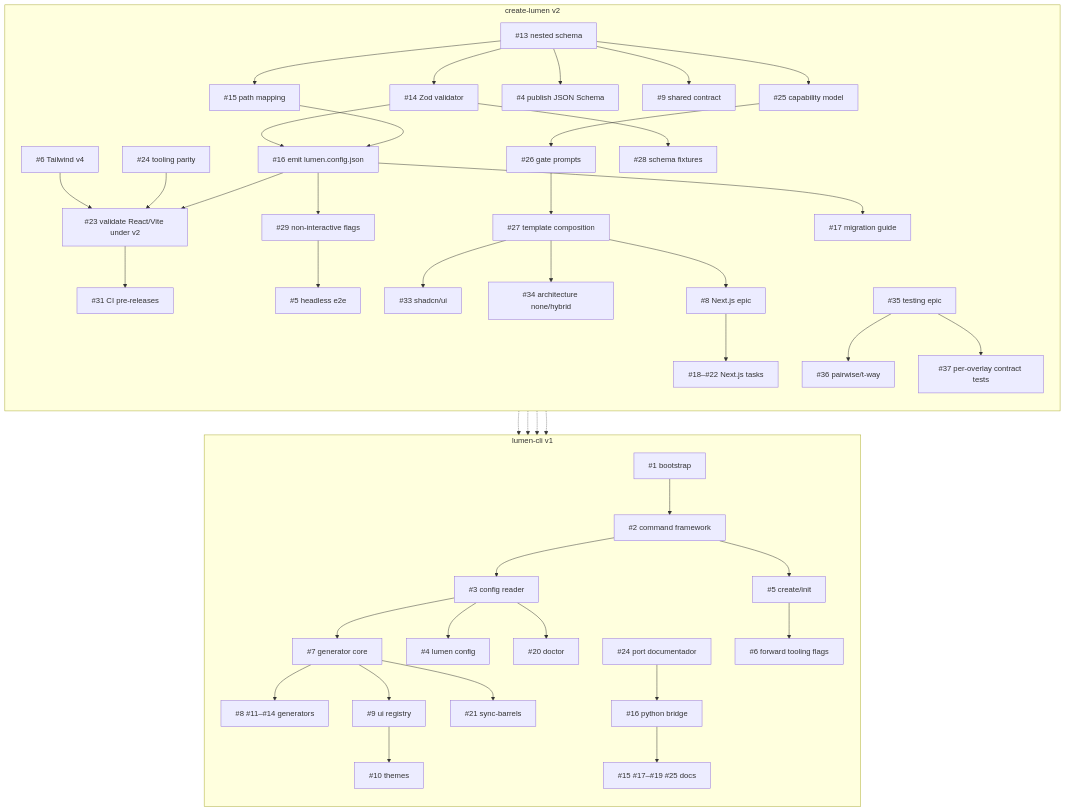
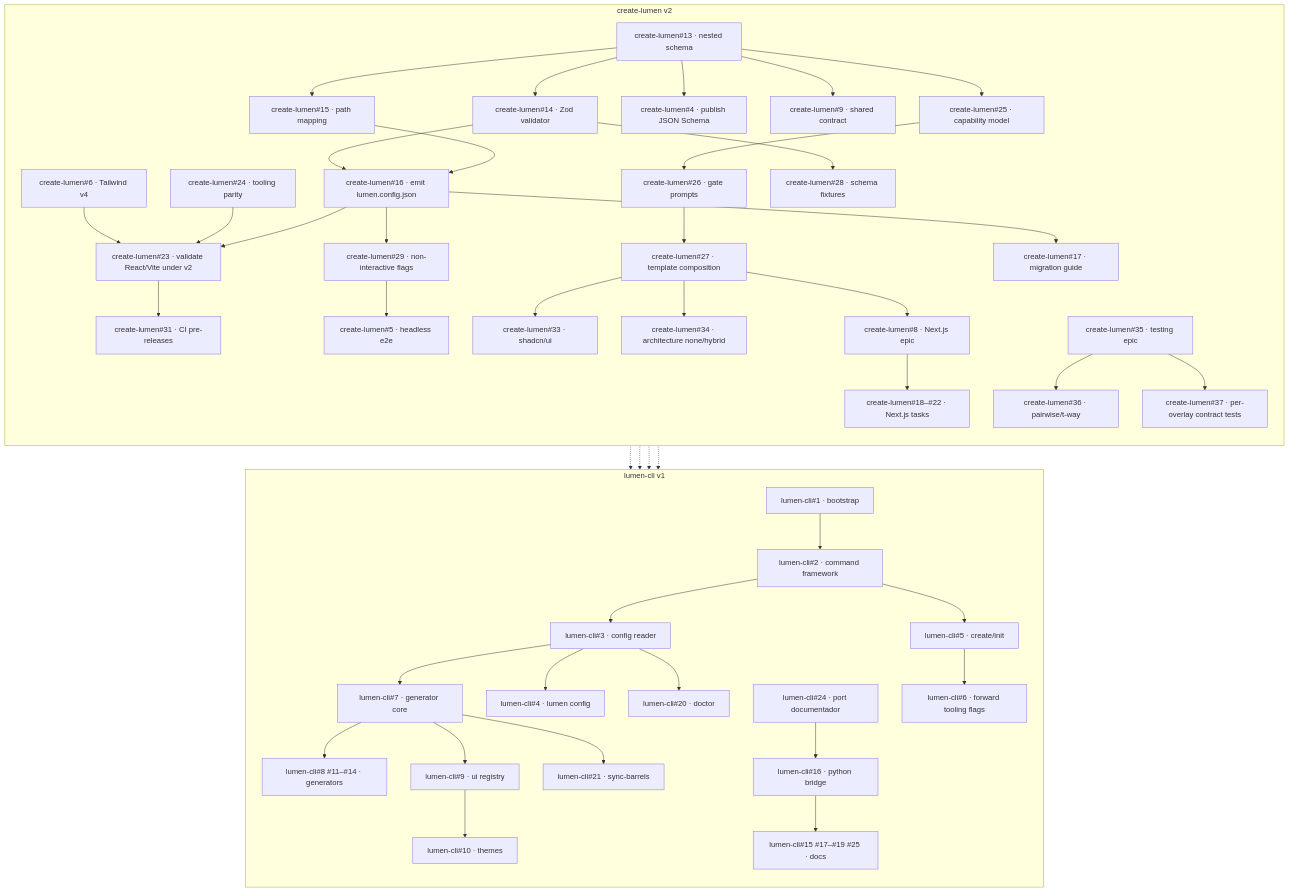
One commit to LUMEN-SH/create-lumen changed the second of 5 diagrams in docs/PLAN.md. Above: the diagram before and after it, drawn with Mermaid. The commit also changed other lines of this file and 1 other file, not shown here.

Commit message:
docs: use explicit repo#issue refs in roadmap/plan (drop cl#/lc#)

````diff
--- a/docs/PLAN.md
+++ b/docs/PLAN.md
@@ -31,81 +32,81 @@
 ```mermaid
 flowchart TD
     subgraph CL["create-lumen v2"]
         direction TB
-        cl13["#13 nested schema"]
-        cl14["#14 Zod validator"]
-        cl15["#15 path mapping"]
-        cl16["#16 emit lumen.config.json"]
-        cl4["#4 publish JSON Schema"]
-        cl9["#9 shared contract"]
-        cl6["#6 Tailwind v4"]
-        cl24["#24 tooling parity"]
-        cl23["#23 validate React/Vite under v2"]
-        cl29["#29 non-interactive flags"]
-        cl31["#31 CI pre-releases"]
-        cl25["#25 capability model"]
-        cl26["#26 gate prompts"]
-        cl27["#27 template composition"]
-        cl33["#33 shadcn/ui"]
-        cl34["#34 architecture none/hybrid"]
-        cl8["#8 Next.js epic"]
-        clNext["#18–#22 Next.js tasks"]
-        cl35["#35 testing epic"]
-        cl36["#36 pairwise/t-way"]
-        cl37["#37 per-overlay contract tests"]
-        cl28["#28 schema fixtures"]
-        cl5["#5 headless e2e"]
-        cl17["#17 migration guide"]
+        CreateLumen13["create-lumen#13 · nested schema"]
+        CreateLumen14["create-lumen#14 · Zod validator"]
+        CreateLumen15["create-lumen#15 · path mapping"]
+        CreateLumen16["create-lumen#16 · emit lumen.config.json"]
+        CreateLumen4["create-lumen#4 · publish JSON Schema"]
+        CreateLumen9["create-lumen#9 · shared contract"]
+        CreateLumen6["create-lumen#6 · Tailwind v4"]
+        CreateLumen24["create-lumen#24 · tooling parity"]
+        CreateLumen23["create-lumen#23 · validate React/Vite under v2"]
+        CreateLumen29["create-lumen#29 · non-interactive flags"]
+        CreateLumen31["create-lumen#31 · CI pre-releases"]
+        CreateLumen25["create-lumen#25 · capability model"]
+        CreateLumen26["create-lumen#26 · gate prompts"]
+        CreateLumen27["create-lumen#27 · template composition"]
+        CreateLumen33["create-lumen#33 · shadcn/ui"]
+        CreateLumen34["create-lumen#34 · architecture none/hybrid"]
+        CreateLumen8["create-lumen#8 · Next.js epic"]
+        CreateLumenNext["create-lumen#18–#22 · Next.js tasks"]
+        CreateLumen35["create-lumen#35 · testing epic"]
+        CreateLumen36["create-lumen#36 · pairwise/t-way"]
+        CreateLumen37["create-lumen#37 · per-overlay contract tests"]
+        CreateLumen28["create-lumen#28 · schema fixtures"]
+        CreateLumen5["create-lumen#5 · headless e2e"]
+        CreateLumen17["create-lumen#17 · migration guide"]
 
-        cl13 --> cl14 --> cl16
-        cl13 --> cl15 --> cl16
-        cl13 --> cl4
-        cl13 --> cl9
-        cl13 --> cl25 --> cl26 --> cl27
-        cl6 --> cl23
-        cl24 --> cl23
-        cl16 --> cl23 --> cl31
-        cl16 --> cl29 --> cl5
-        cl16 --> cl17
-        cl14 --> cl28
-        cl27 --> cl33
-        cl27 --> cl34
-        cl27 --> cl8 --> clNext
-        cl35 --> cl36
-        cl35 --> cl37
+        CreateLumen13 --> CreateLumen14 --> CreateLumen16
+        CreateLumen13 --> CreateLumen15 --> CreateLumen16
+        CreateLumen13 --> CreateLumen4
+        CreateLumen13 --> CreateLumen9
+        CreateLumen13 --> CreateLumen25 --> CreateLumen26 --> CreateLumen27
+        CreateLumen6 --> CreateLumen23
+        CreateLumen24 --> CreateLumen23
+        CreateLumen16 --> CreateLumen23 --> CreateLumen31
+        CreateLumen16 --> CreateLumen29 --> CreateLumen5
+        CreateLumen16 --> CreateLumen17
+        CreateLumen14 --> CreateLumen28
+        CreateLumen27 --> CreateLumen33
+        CreateLumen27 --> CreateLumen34
+        CreateLumen27 --> CreateLumen8 --> CreateLumenNext
+        CreateLumen35 --> CreateLumen36
+        CreateLumen35 --> CreateLumen37
     end
 
     subgraph LC["lumen-cli v1"]
         direction TB
-        lc1["#1 bootstrap"]
-        lc2["#2 command framework"]
-        lc3["#3 config reader"]
-        lc4["#4 lumen config"]
-        lc5["#5 create/init"]
-        lc6["#6 forward tooling flags"]
-        lc7["#7 generator core"]
-        lcGen["#8 #11–#14 generators"]
-        lc9["#9 ui registry"]
-        lc10["#10 themes"]
-        lc24["#24 port documentador"]
-        lc16["#16 python bridge"]
-        lcDocs["#15 #17–#19 #25 docs"]
-        lc20["#20 doctor"]
-        lc21["#21 sync-barrels"]
+        LumenCli1["lumen-cli#1 · bootstrap"]
+        LumenCli2["lumen-cli#2 · command framework"]
+        LumenCli3["lumen-cli#3 · config reader"]
+        LumenCli4["lumen-cli#4 · lumen config"]
+        LumenCli5["lumen-cli#5 · create/init"]
+        LumenCli6["lumen-cli#6 · forward tooling flags"]
+        LumenCli7["lumen-cli#7 · generator core"]
+        LumenCliGen["lumen-cli#8 #11–#14 · generators"]
+        LumenCli9["lumen-cli#9 · ui registry"]
+        LumenCli10["lumen-cli#10 · themes"]
+        LumenCli24["lumen-cli#24 · port documentador"]
+        LumenCli16["lumen-cli#16 · python bridge"]
+        LumenCliDocs["lumen-cli#15 #17–#19 #25 · docs"]
+        LumenCli20["lumen-cli#20 · doctor"]
+        LumenCli21["lumen-cli#21 · sync-barrels"]
 
-        lc1 --> lc2
-        lc2 --> lc3 --> lc7
-        lc3 --> lc4
-        lc3 --> lc20
-        lc7 --> lcGen
-        lc7 --> lc9 --> lc10
-        lc7 --> lc21
-        lc24 --> lc16 --> lcDocs
-        lc2 --> lc5 --> lc6
+        LumenCli1 --> LumenCli2
+        LumenCli2 --> LumenCli3 --> LumenCli7
+        LumenCli3 --> LumenCli4
+        LumenCli3 --> LumenCli20
+        LumenCli7 --> LumenCliGen
+        LumenCli7 --> LumenCli9 --> LumenCli10
+        LumenCli7 --> LumenCli21
+        LumenCli24 --> LumenCli16 --> LumenCliDocs
+        LumenCli2 --> LumenCli5 --> LumenCli6
     end
 
-    cl9 -.-> lc3
-    cl13 -.-> lc3
-    cl33 -.-> lc9
-    cl16 -.-> lc5
+    CreateLumen9 -.-> LumenCli3
+    CreateLumen13 -.-> LumenCli3
+    CreateLumen33 -.-> LumenCli9
+    CreateLumen16 -.-> LumenCli5
 ```
````
